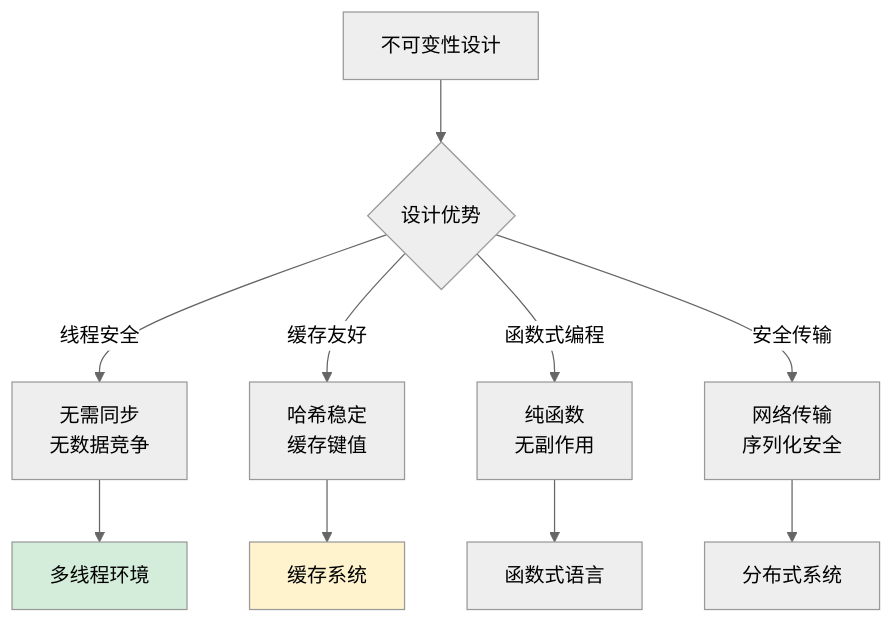
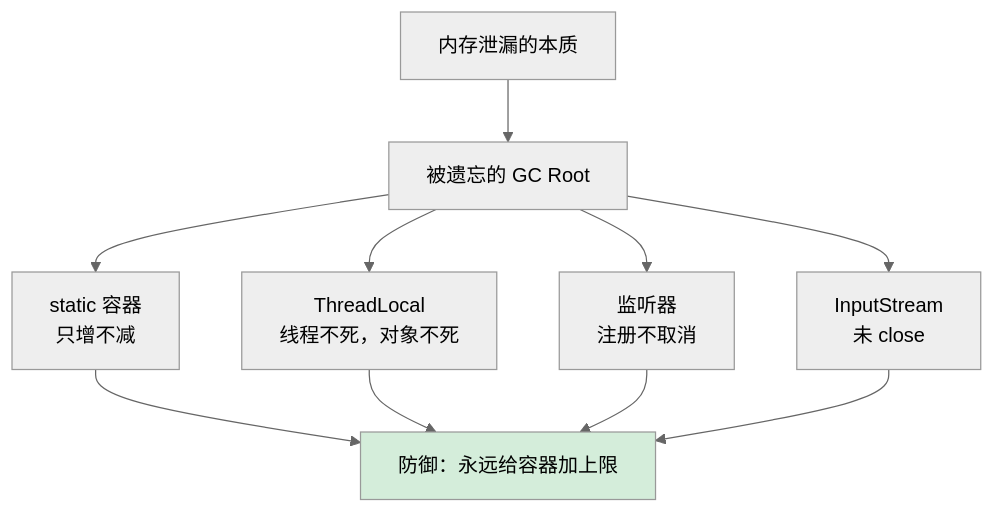
Before and after one commit to chongyang211/YCBookBlog: diagram 16 of 32 in 00.通用技术的提升/02.程序编程原理/01.字符串设计的灵魂.md, drawn with Mermaid (neutral theme). The commit also changed other lines of this file and 6 other files, not shown here.

````diff
--- a/00.通用技术的提升/02.程序编程原理/01.字符串设计的灵魂.md
+++ b/00.通用技术的提升/02.程序编程原理/01.字符串设计的灵魂.md
@@ -745,16 +967,16 @@
 ```mermaid
 flowchart TD
-    A[不可变性设计] --> B{设计优势}
-    B -->|线程安全| C[无需同步<br/>无数据竞争]
-    B -->|缓存友好| D[哈希稳定<br/>缓存键值]
-    B -->|函数式编程| E[纯函数<br/>无副作用]
-    B -->|安全传输| F[网络传输<br/>序列化安全]
+    A[内存泄漏的本质] --> B[被遗忘的 GC Root]
     
-    C --> G[多线程环境]
-    D --> H[缓存系统]
-    E --> I[函数式语言]
-    F --> J[分布式系统]
+    B --> C[static 容器<br/>只增不减]
+    B --> D[ThreadLocal<br/>线程不死，对象不死]
+    B --> E[监听器<br/>注册不取消]
+    B --> F[InputStream<br/>未 close]
     
+    C --> G[防御：永远给容器加上限]
+    D --> G
+    E --> G
+    F --> G
+
     style G fill:#d4edda
-    style H fill:#fff3cd
 ```
````
